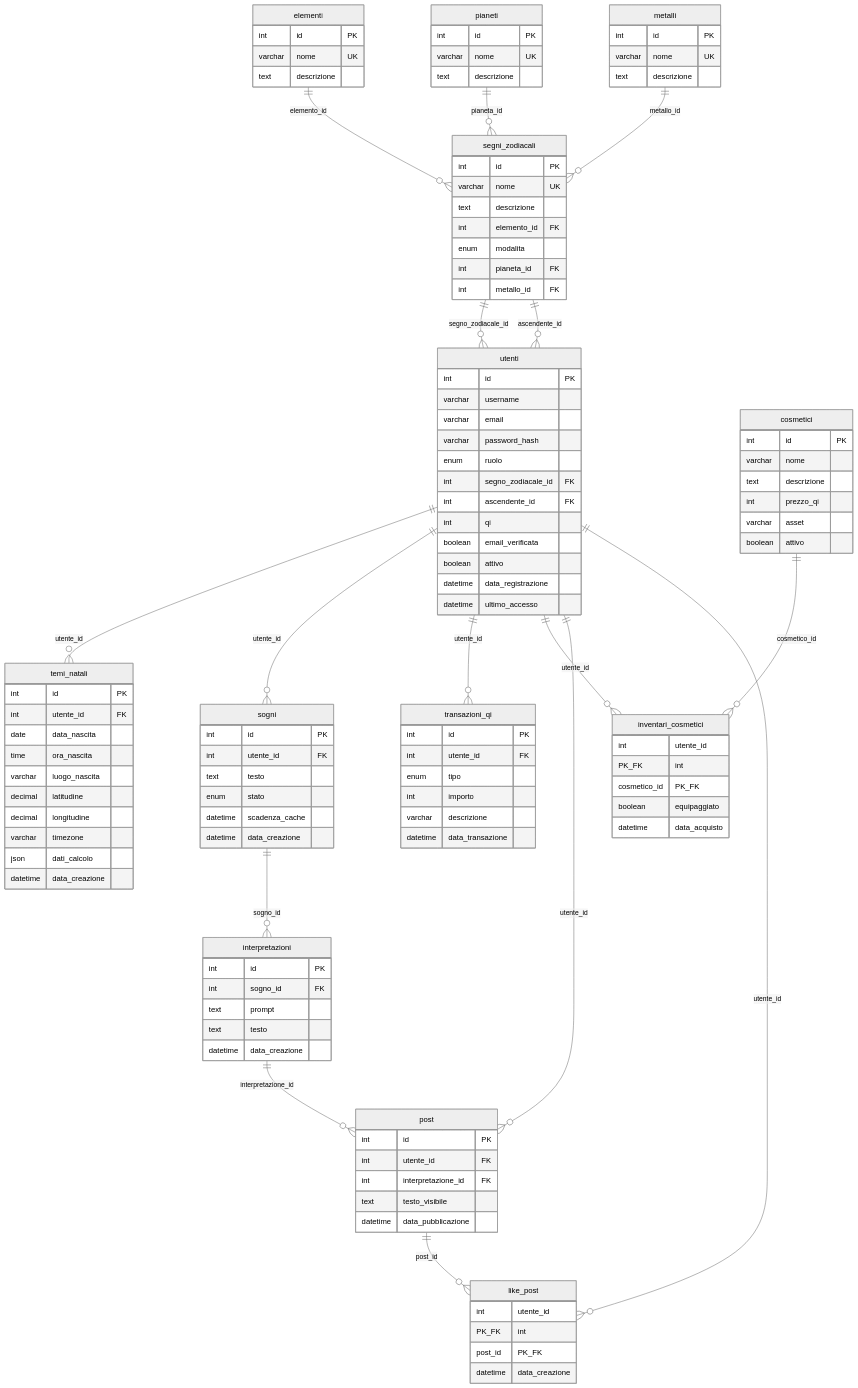
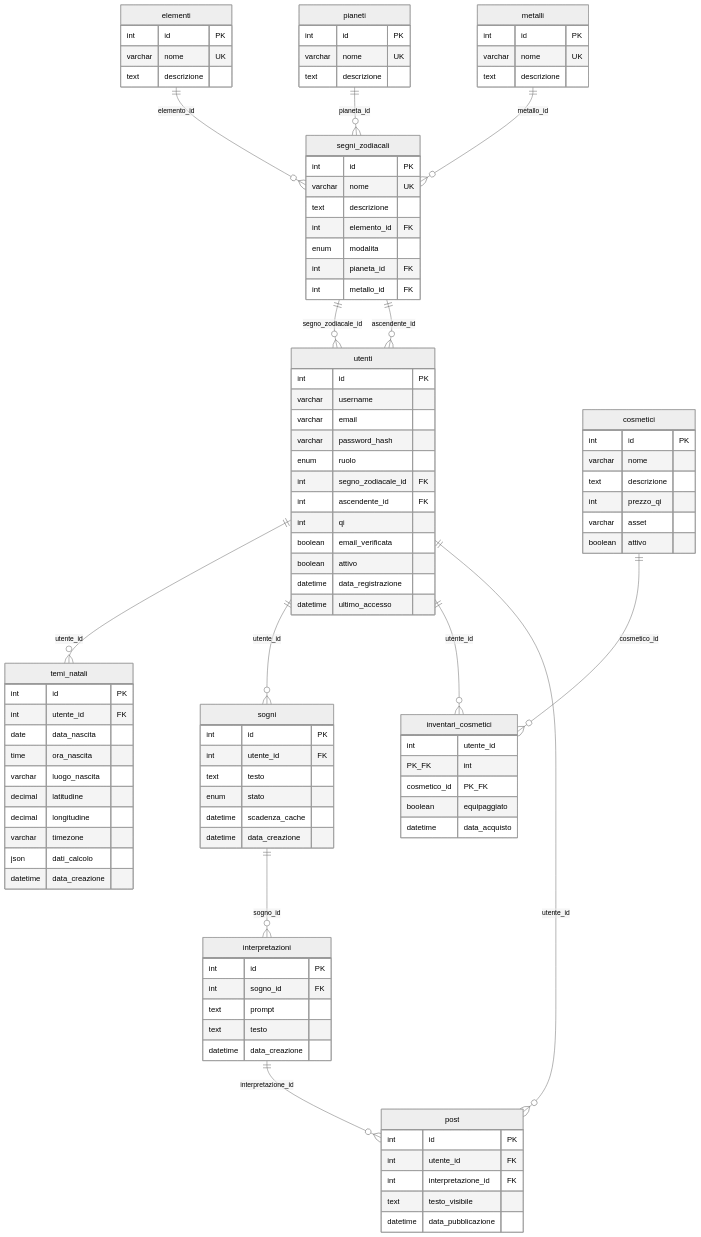
Before and after one commit to Azoth-Zodiaca/Somnia-Zodiaca: the diagram in ERCore.mmd, drawn with Mermaid (neutral theme).

Commit message:
aggiornato il diagramma ER Core, commentate le funzionalità non Core (transazioni e like post)

```diff
--- a/ERCore.mmd
+++ b/ERCore.mmd
@@ -1,115 +1,115 @@
 erDiagram
     segni_zodiacali {
         int id PK
         varchar nome UK
         text descrizione
         int elemento_id FK
         enum modalita
         int pianeta_id FK
         int metallo_id FK
     }
     utenti {
         int id PK
         varchar username
         varchar email
         varchar password_hash
         enum ruolo
         int segno_zodiacale_id FK
         int ascendente_id FK
         int qi
         boolean email_verificata
         boolean attivo
         datetime data_registrazione
         datetime ultimo_accesso
     }
-    transazioni_qi {
-        int id PK
-        int utente_id FK
-        enum tipo
-        int importo
-        varchar descrizione
-        datetime data_transazione
-    }
+    %% transazioni_qi {
+    %%     int id PK
+    %%     int utente_id FK
+    %%     enum tipo
+    %%     int importo
+    %%     varchar descrizione
+    %%     datetime data_transazione
+    %% }
     interpretazioni {
         int id PK
         int sogno_id FK
         text prompt
         text testo
         datetime data_creazione
     }
-    like_post {
-        int utente_id PK_FK
-        int post_id PK_FK
-        datetime data_creazione
-    }
+    %% like_post {
+    %%     int utente_id PK_FK
+    %%     int post_id PK_FK
+    %%     datetime data_creazione
+    %% }
     post {
         int id PK
         int utente_id FK
         int interpretazione_id FK
         text testo_visibile
         datetime data_pubblicazione
     }
     sogni {
         int id PK
         int utente_id FK
         text testo
         enum stato
         datetime scadenza_cache
         datetime data_creazione
     }
     inventari_cosmetici {
         int utente_id PK_FK
         int cosmetico_id PK_FK
         boolean equipaggiato
         datetime data_acquisto
     }
     cosmetici {
         int id PK
         varchar nome
         text descrizione
         int prezzo_qi
         varchar asset
         boolean attivo
     }
     metalli {
         int id PK
         varchar nome UK
         text descrizione
     }
     pianeti {
         int id PK
         varchar nome UK
         text descrizione
     }
     elementi {
         int id PK
         varchar nome UK
         text descrizione
     }
     temi_natali {
         int id PK
         int utente_id FK
         date data_nascita
         time ora_nascita
         varchar luogo_nascita
         decimal latitudine
         decimal longitudine
         varchar timezone
         json dati_calcolo
         datetime data_creazione
     }
     elementi ||--o{ segni_zodiacali : "elemento_id"
     pianeti ||--o{ segni_zodiacali : "pianeta_id"
     metalli ||--o{ segni_zodiacali : "metallo_id"
     segni_zodiacali ||--o{ utenti : "segno_zodiacale_id"
     segni_zodiacali ||--o{ utenti : "ascendente_id"
     utenti ||--o{ temi_natali : "utente_id"
     utenti ||--o{ sogni : "utente_id"
     sogni ||--o{ interpretazioni : "sogno_id"
-    utenti ||--o{ transazioni_qi : "utente_id"
+    %% utenti ||--o{ transazioni_qi : "utente_id"
     utenti ||--o{ inventari_cosmetici : "utente_id"
     cosmetici ||--o{ inventari_cosmetici : "cosmetico_id"
     utenti ||--o{ post : "utente_id"
     interpretazioni ||--o{ post : "interpretazione_id"
-    utenti ||--o{ like_post : "utente_id"
-    post ||--o{ like_post : "post_id"
+    %% utenti ||--o{ like_post : "utente_id"
+    %% post ||--o{ like_post : "post_id"
```
